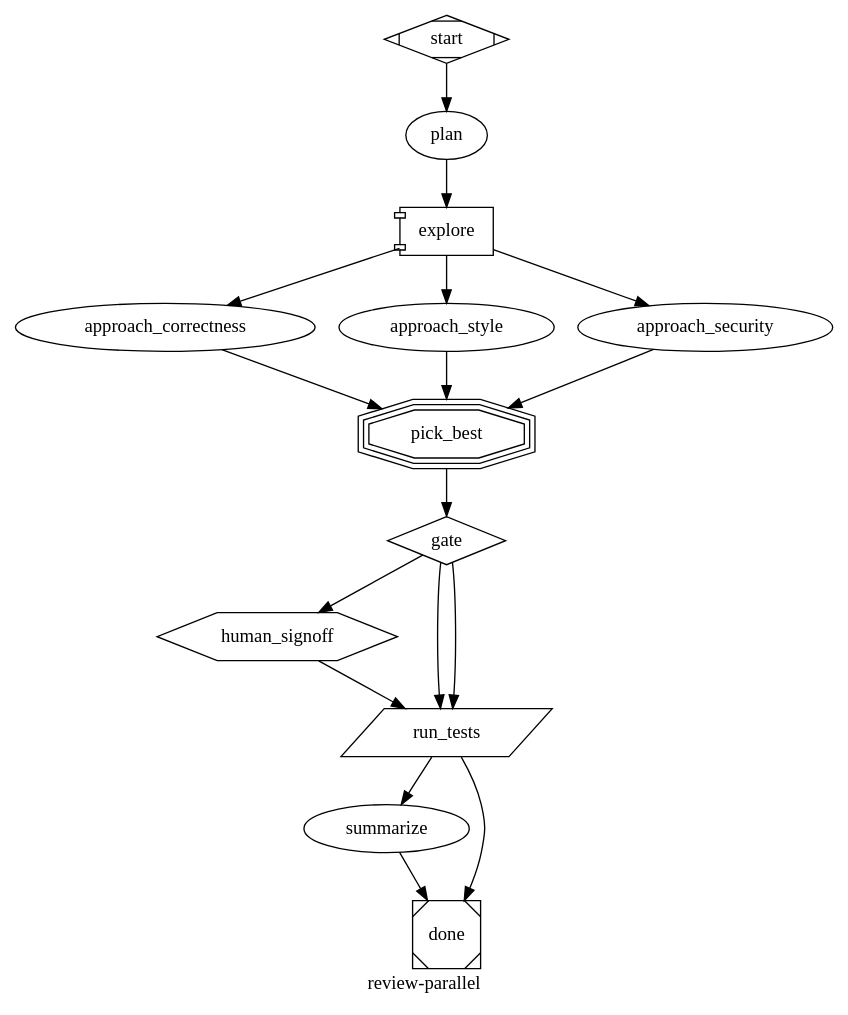
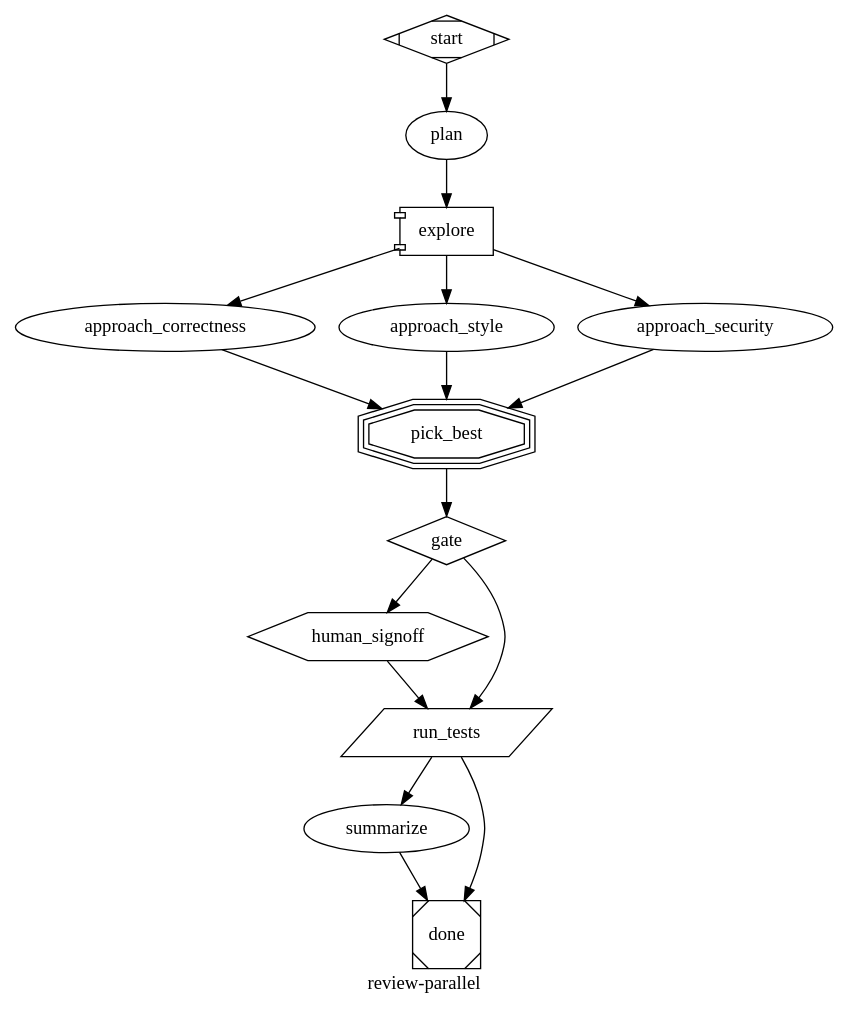
Before and after one commit to purrgrammer/fragua: the diagram in .swarm/workflows/review-parallel.dot, drawn with Graphviz. The commit also changed 2 other files, not shown here.

```diff
--- a/.swarm/workflows/review-parallel.dot
+++ b/.swarm/workflows/review-parallel.dot
@@ -1,98 +1,97 @@
 // review-parallel.dot — reference workflow covering every node kind.
 //
 // Exercises the full shape vocabulary (attractor §2.8):
 //   Mdiamond      → start             (start)
 //   Msquare       → exit              (done)
 //   box           → codergen          (plan, approach_*, summarize)
 //   diamond       → conditional       (gate)  — no prompt, edge-only
 //   hexagon       → wait.human        (human_signoff)
 //   component     → parallel          (explore)
 //   tripleoctagon → parallel.fan_in   (pick_best)
 //   parallelogram → tool              (run_tests)
 //
 // Notes:
 //   - Parallel branches are deliberation-only (read-only tools).
 //   - Fan-in with no `prompt` → attractor §4.9 heuristic reducer.
 //   - Tool nodes are deterministic shell steps; stdout/exit become outcome.
 //   - Conditional nodes evaluate edge conditions only; no LLM.
 
 digraph review_parallel {
   graph [
     goal             = "Produce a ranked multi-angle review of a diff, then a signoff-gated test run."
     label            = "review-parallel"
     default_fidelity = "compact"
   ]
 
   start [shape=Mdiamond]
 
   plan [
     prompt = "Summarise $ARGUMENTS as a 3-line brief: WHAT changed, WHERE (package/path), WHY. End with `<promise>BRIEF_READY</promise>`."
     allowed_tools = "read, bash"
     provider = "anthropic"
     model = "claude-opus-4-7"
   ]
 
   explore [shape=component, fan_in=pick_best, join_policy="wait_all"]
 
   approach_correctness [
     prompt = "Using $plan.output, run `git diff HEAD` and list up to 3 CORRECTNESS risks (logic bugs, off-by-one, missing null checks), one per line: `RISK: <one line> (file:line)`. No risks → `NO_RISKS`. Read-only."
     allowed_tools = "read, bash"
     provider = "anthropic"
     model = "claude-opus-4-7"
   ]
 
   approach_style [
     prompt = "Using $plan.output, run `git diff HEAD` and list STYLE/consistency regressions: `STYLE: <one line> (file:line)`. None → `NO_FINDINGS`. Read-only."
     allowed_tools = "read, bash"
     provider = "anthropic"
     model = "claude-opus-4-7"
   ]
 
   approach_security [
     prompt = "Using $plan.output, run `git diff HEAD` and list SECURITY concerns (unvalidated input, secret leaks, auth bypass, injection): `SEC: <one line> (file:line)`. None → `NO_CONCERNS`. Read-only."
     allowed_tools = "read, bash"
     provider = "anthropic"
     model = "claude-opus-4-7"
   ]
 
   pick_best [shape=tripleoctagon]
 
   gate [shape=diamond]
 
   human_signoff [
     shape  = hexagon
     prompt = "A reviewer flagged high-risk findings. Reply `APPROVE` or `REJECT`."
   ]
 
   run_tests [shape=parallelogram, tool_command="bun test"]
 
   summarize [
     prompt = "Combine $pick_best.output and $run_tests.output into a 5-line run summary. End with `REVIEW_DONE`."
     provider = "anthropic"
     model = "claude-opus-4-7"
   ]
 
   done [shape=Msquare]
 
   start -> plan
   plan  -> explore
 
   explore -> approach_correctness
   explore -> approach_style
   explore -> approach_security
 
   approach_correctness -> pick_best
   approach_style       -> pick_best
   approach_security    -> pick_best
 
   pick_best -> gate
 
   gate -> human_signoff [condition="context.risk=high"]
   gate -> run_tests     [condition="context.risk!=high"]
-  gate -> run_tests
 
   human_signoff -> run_tests
   run_tests -> summarize [condition="outcome=success"]
   run_tests -> done      [condition="outcome=fail"]
   summarize -> done
 }
```
